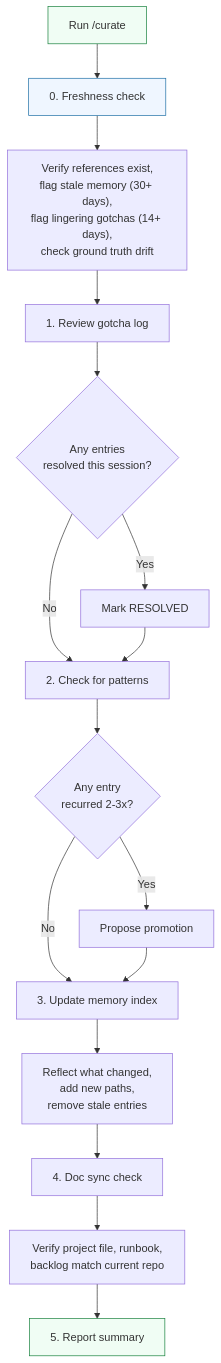
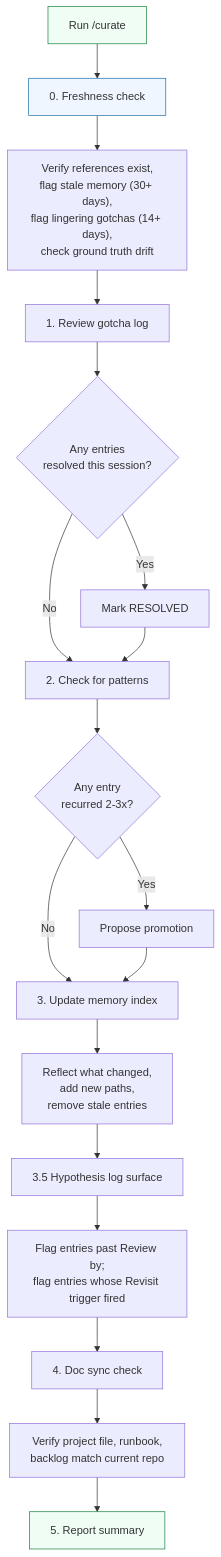
The third of 4 diagrams in docs/guide/04-the-rhythm.md (ducroq/agent-ready-projects), drawn with Mermaid before and after one commit. The commit also changed other lines of this file and 3 other files, not shown here.

````diff
--- a/docs/guide/04-the-rhythm.md
+++ b/docs/guide/04-the-rhythm.md
@@ -48,32 +54,36 @@
 ```mermaid
 flowchart TD
     Start["Run /curate"] --> Step0
 
     Step0["0. Freshness check"]
     Step0 --> Fresh["Verify references exist,<br/>flag stale memory (30+ days),<br/>flag lingering gotchas (14+ days),<br/>check ground truth drift"]
     Fresh --> Step1
 
     Step1["1. Review gotcha log"]
     Step1 --> Q1{"Any entries<br/>resolved this session?"}
     Q1 -- Yes --> Mark["Mark RESOLVED"]
     Q1 -- No --> Step2
     Mark --> Step2
 
     Step2["2. Check for patterns"]
     Step2 --> Q2{"Any entry<br/>recurred 2-3x?"}
     Q2 -- Yes --> Propose["Propose promotion"]
     Q2 -- No --> Step3
     Propose --> Step3
 
     Step3["3. Update memory index"]
     Step3 --> Update["Reflect what changed,<br/>add new paths,<br/>remove stale entries"]
-    Update --> Step4
+    Update --> StepHL
+
+    StepHL["3.5 Hypothesis log surface"]
+    StepHL --> SurfaceHL["Flag entries past Review by;<br/>flag entries whose Revisit trigger fired"]
+    SurfaceHL --> Step4
 
     Step4["4. Doc sync check"]
     Step4 --> Sync["Verify project file, runbook,<br/>backlog match current repo"]
     Sync --> Report["5. Report summary"]
 
     style Start fill:#f0fdf4,stroke:#16803c
     style Step0 fill:#eff6ff,stroke:#1d6fa5
     style Report fill:#f0fdf4,stroke:#16803c
 ```
````
